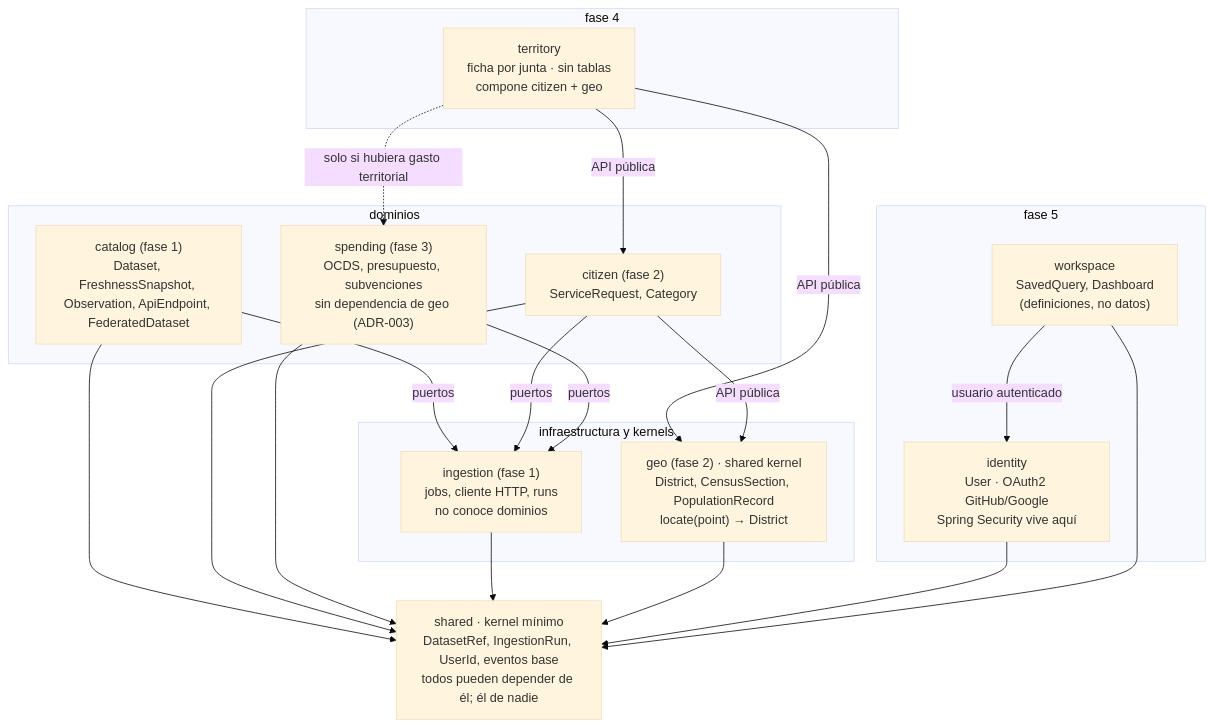
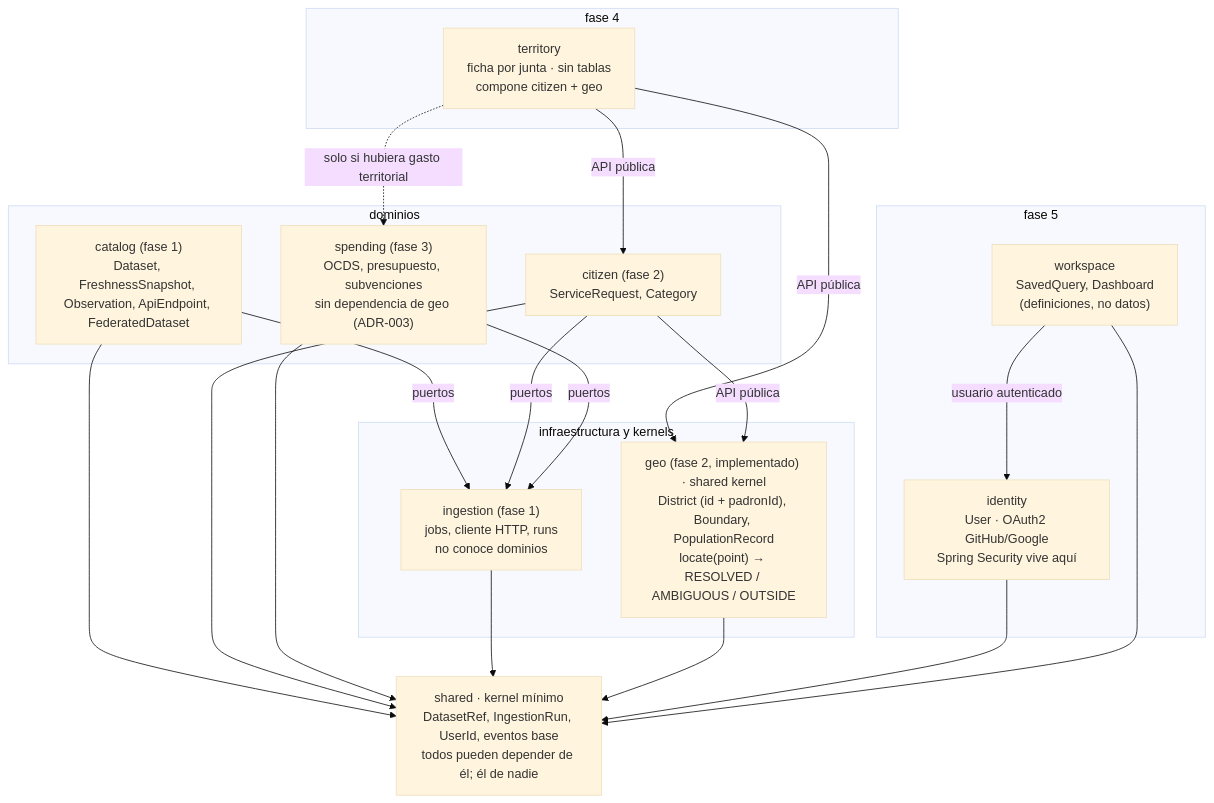
Before and after one commit to MarioNaya/zaragoza-observatorio: the second of 3 diagrams in docs/arquitectura.md, drawn with Mermaid (base theme). The commit also changed other lines of this file and 43 other files, not shown here.

````diff
--- a/docs/arquitectura.md
+++ b/docs/arquitectura.md
@@ -65,30 +65,30 @@
 ```mermaid
 flowchart TB
   subgraph F5["fase 5"]
     WS["workspace<br/>SavedQuery, Dashboard<br/>(definiciones, no datos)"]
     ID["identity<br/>User · OAuth2 GitHub/Google<br/>Spring Security vive aquí"]
   end
   subgraph F4["fase 4"]
     TER["territory<br/>ficha por junta · sin tablas<br/>compone citizen + geo"]
   end
   subgraph DOM["dominios"]
     CATM["catalog (fase 1)<br/>Dataset, FreshnessSnapshot, Observation, ApiEndpoint, FederatedDataset"]
     CIT["citizen (fase 2)<br/>ServiceRequest, Category"]
     SPE["spending (fase 3)<br/>OCDS, presupuesto, subvenciones<br/>sin dependencia de geo (ADR-003)"]
   end
   subgraph INFRA["infraestructura y kernels"]
     INGM["ingestion (fase 1)<br/>jobs, cliente HTTP, runs<br/>no conoce dominios"]
-    GEO["geo (fase 2) · shared kernel<br/>District, CensusSection, PopulationRecord<br/>locate(point) → District"]
+    GEO["geo (fase 2, implementado) · shared kernel<br/>District (id + padronId), Boundary, PopulationRecord<br/>locate(point) → RESOLVED / AMBIGUOUS / OUTSIDE"]
   end
   SH["shared · kernel mínimo<br/>DatasetRef, IngestionRun, UserId, eventos base<br/>todos pueden depender de él; él de nadie"]
 
   WS -- "usuario autenticado" --> ID
   TER -- "API pública" --> CIT
   TER -- "API pública" --> GEO
   TER -. "solo si hubiera gasto territorial" .-> SPE
   CATM -- "puertos" --> INGM
   CIT -- "puertos" --> INGM
   SPE -- "puertos" --> INGM
   CIT -- "API pública" --> GEO
   CATM & CIT & SPE & INGM & GEO & ID & WS --> SH
 ```
````
